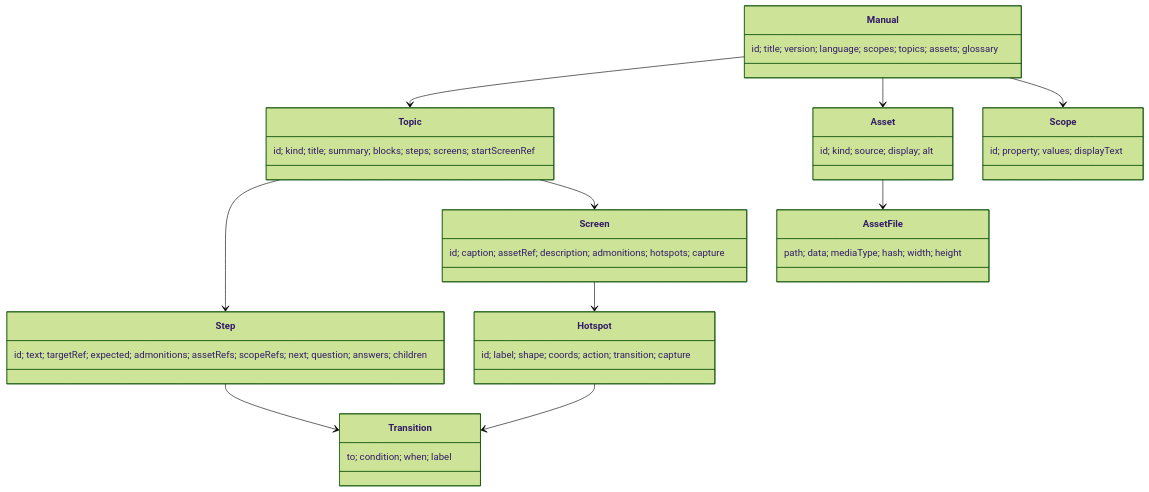
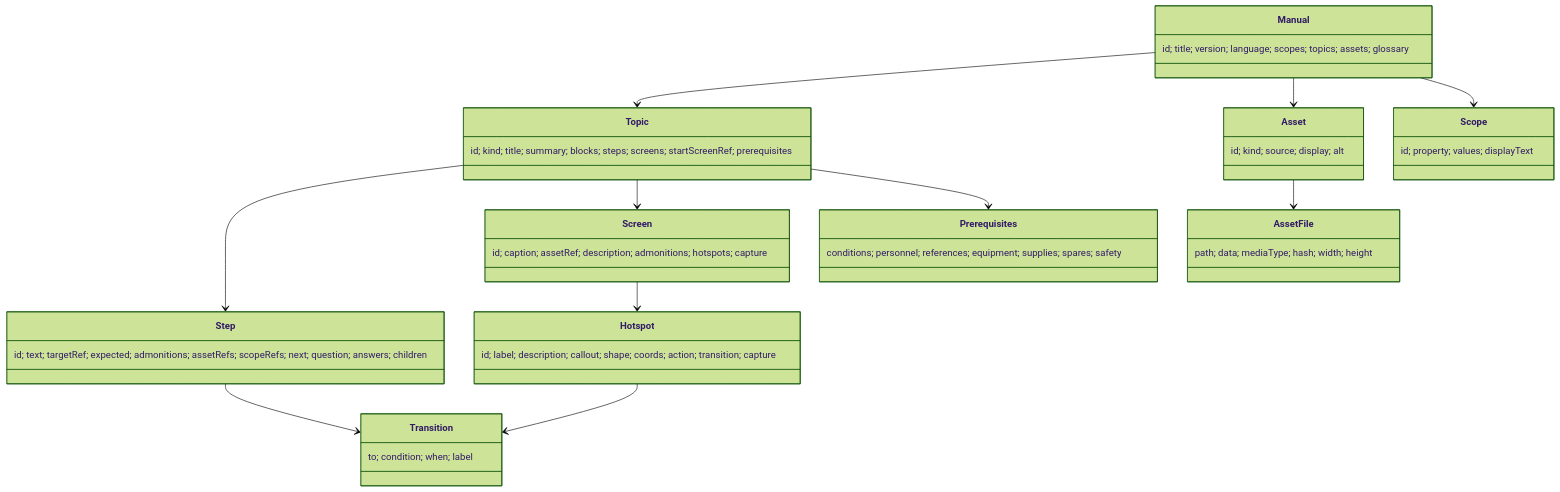
The diagram in README.md (shuji-bonji/experiential-manual-model), drawn with Mermaid (forest theme) before and after one commit. The commit also changed other lines of this file and 9 other files, not shown here.

First line of the commit message:
feat: 0.3.0 — 作業前の要件（Topic.prerequisites）と、ホットスポットの説明・番号を足しました

````diff
--- a/README.md
+++ b/README.md
@@ -20,21 +20,23 @@
 ```mermaid
 classDiagram
   class Manual { id; title; version; language; scopes; topics; assets; glossary }
-  class Topic { id; kind; title; summary; blocks; steps; screens; startScreenRef }
+  class Topic { id; kind; title; summary; blocks; steps; screens; startScreenRef; prerequisites }
+  class Prerequisites { conditions; personnel; references; equipment; supplies; spares; safety }
   class Step { id; text; targetRef; expected; admonitions; assetRefs; scopeRefs; next; question; answers; children }
   class Screen { id; caption; assetRef; description; admonitions; hotspots; capture }
-  class Hotspot { id; label; shape; coords; action; transition; capture }
+  class Hotspot { id; label; description; callout; shape; coords; action; transition; capture }
   class Transition { to; condition; when; label }
   class Asset { id; kind; source; display; alt }
   class AssetFile { path; data; mediaType; hash; width; height }
   class Scope { id; property; values; displayText }
   Manual --> Topic
   Manual --> Asset
   Asset --> AssetFile
   Manual --> Scope
   Topic --> Step
   Topic --> Screen
+  Topic --> Prerequisites
   Screen --> Hotspot
   Hotspot --> Transition
   Step --> Transition
 ```
````
